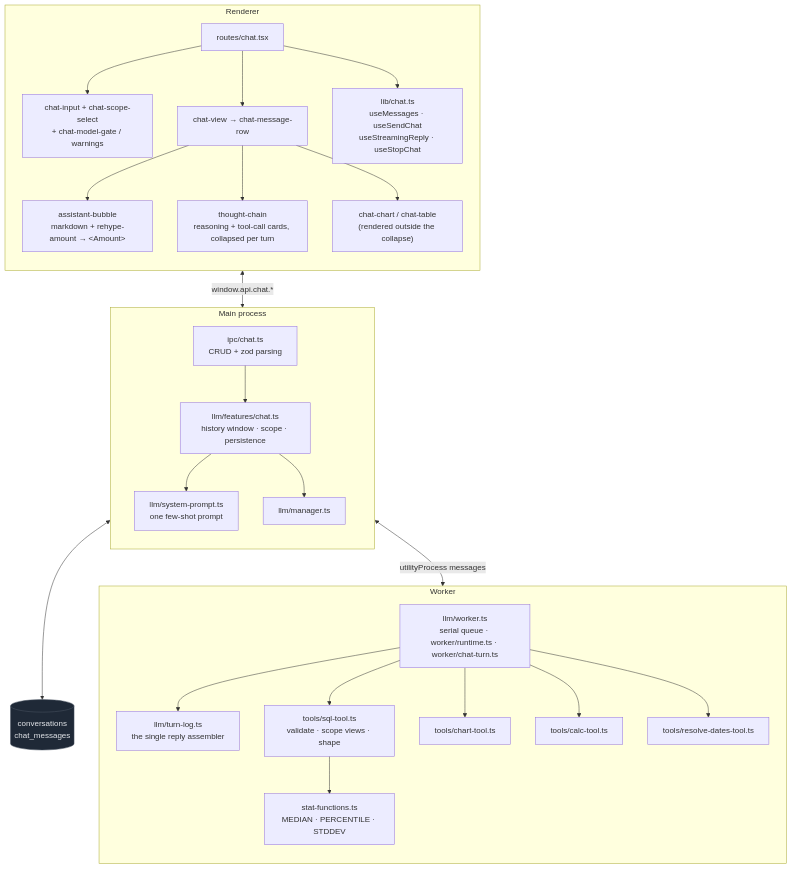
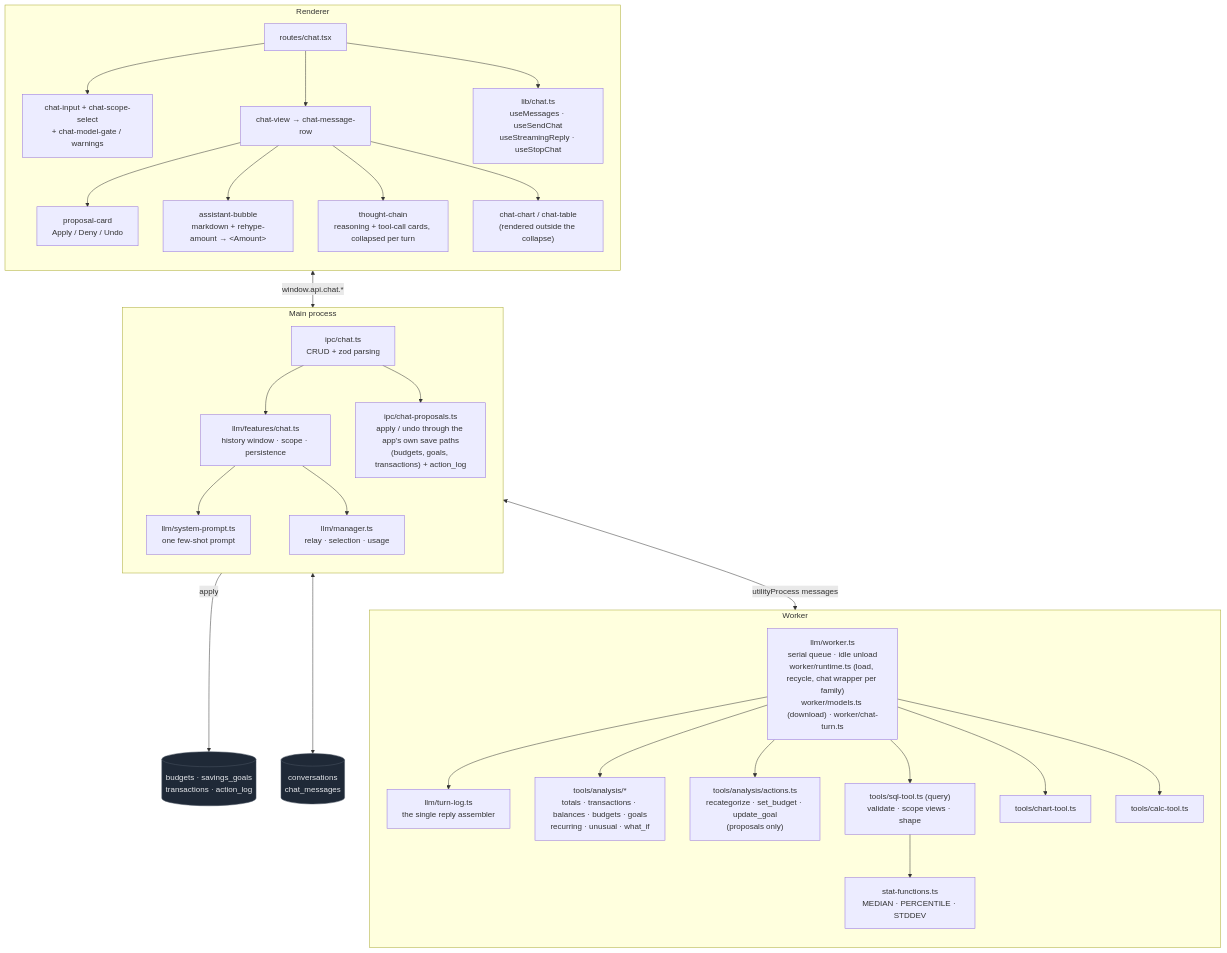
The fifth of 6 diagrams in docs/ARCHITECTURE.md (rafeautie/shmoney), drawn with Mermaid before and after one commit. The commit also changed other lines of this file and 2 other files, not shown here.

First line of the commit message:
Make the README and architecture doc match the app

````diff
--- a/docs/ARCHITECTURE.md
+++ b/docs/ARCHITECTURE.md
@@ -189,49 +201,56 @@
 ```mermaid
 flowchart TB
     subgraph rend["Renderer"]
         direction TB
         page["routes/chat.tsx"]
         input["chat-input + chat-scope-select<br/>+ chat-model-gate / warnings"]
+        prop["proposal-card<br/>Apply / Deny / Undo"]
         view["chat-view → chat-message-row"]
         hooks["lib/chat.ts<br/>useMessages · useSendChat<br/>useStreamingReply · useStopChat"]
         page --> input
         page --> view
         page --> hooks
+        view --> prop
         view --> bubble["assistant-bubble<br/>markdown + rehype-amount → &lt;Amount&gt;"]
         view --> chain["thought-chain<br/>reasoning + tool-call cards, collapsed per turn"]
         view --> cchart["chat-chart / chat-table<br/>(rendered outside the collapse)"]
     end
 
     subgraph mainp["Main process"]
         direction TB
         ipcchat["ipc/chat.ts<br/>CRUD + zod parsing"]
+        props["ipc/chat-proposals.ts<br/>apply / undo through the app's own save paths<br/>(budgets, goals, transactions) + action_log"]
         feat["llm/features/chat.ts<br/>history window · scope · persistence"]
         prompt["llm/system-prompt.ts<br/>one few-shot prompt"]
-        mgr["llm/manager.ts"]
+        mgr["llm/manager.ts<br/>relay · selection · usage"]
         ipcchat --> feat --> prompt
+        ipcchat --> props
         feat --> mgr
     end
 
     subgraph wk["Worker"]
         direction TB
-        w["llm/worker.ts<br/>serial queue · worker/runtime.ts · worker/chat-turn.ts"]
+        w["llm/worker.ts<br/>serial queue · idle unload<br/>worker/runtime.ts (load, recycle, chat wrapper per family)<br/>worker/models.ts (download) · worker/chat-turn.ts"]
         tl["llm/turn-log.ts<br/>the single reply assembler"]
-        t1["tools/sql-tool.ts<br/>validate · scope views · shape"]
+        t0["tools/analysis/*<br/>totals · transactions · balances · budgets · goals<br/>recurring · unusual · what_if"]
+        t0a["tools/analysis/actions.ts<br/>recategorize · set_budget · update_goal<br/>(proposals only)"]
+        t1["tools/sql-tool.ts (query)<br/>validate · scope views · shape"]
         t2["tools/chart-tool.ts"]
         t3["tools/calc-tool.ts"]
-        t4["tools/resolve-dates-tool.ts"]
         st["stat-functions.ts<br/>MEDIAN · PERCENTILE · STDDEV"]
         w --> tl
+        w --> t0
+        w --> t0a
         w --> t1 --> st
         w --> t2
         w --> t3
-        w --> t4
     end
 
     hooks <-->|"window.api.chat.*"| ipcchat
     mgr <-->|"utilityProcess messages"| w
+    props -->|"apply"| actdb[("budgets · savings_goals<br/>transactions · action_log")]
     feat <--> convdb[("conversations<br/>chat_messages")]
 
     classDef store fill:#1f2937,stroke:#4b5563,color:#e5e7eb
-    class convdb store
+    class convdb,actdb store
 ```
````
